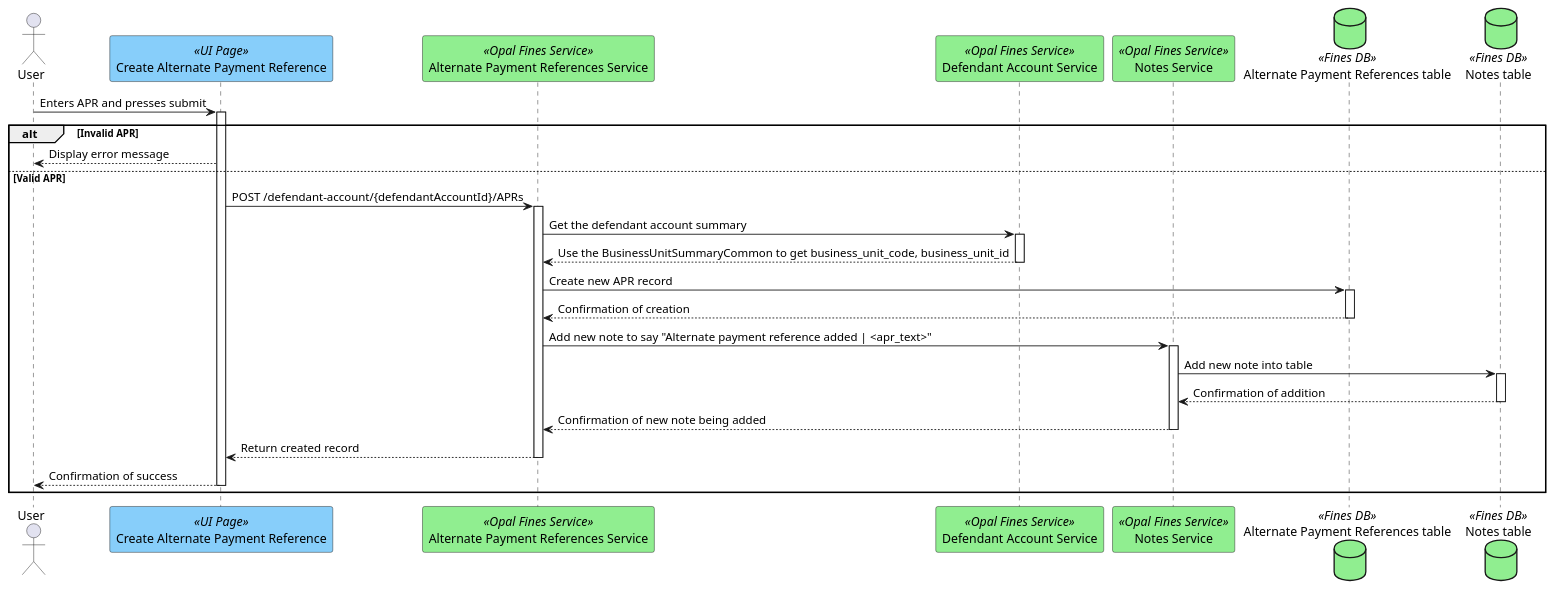
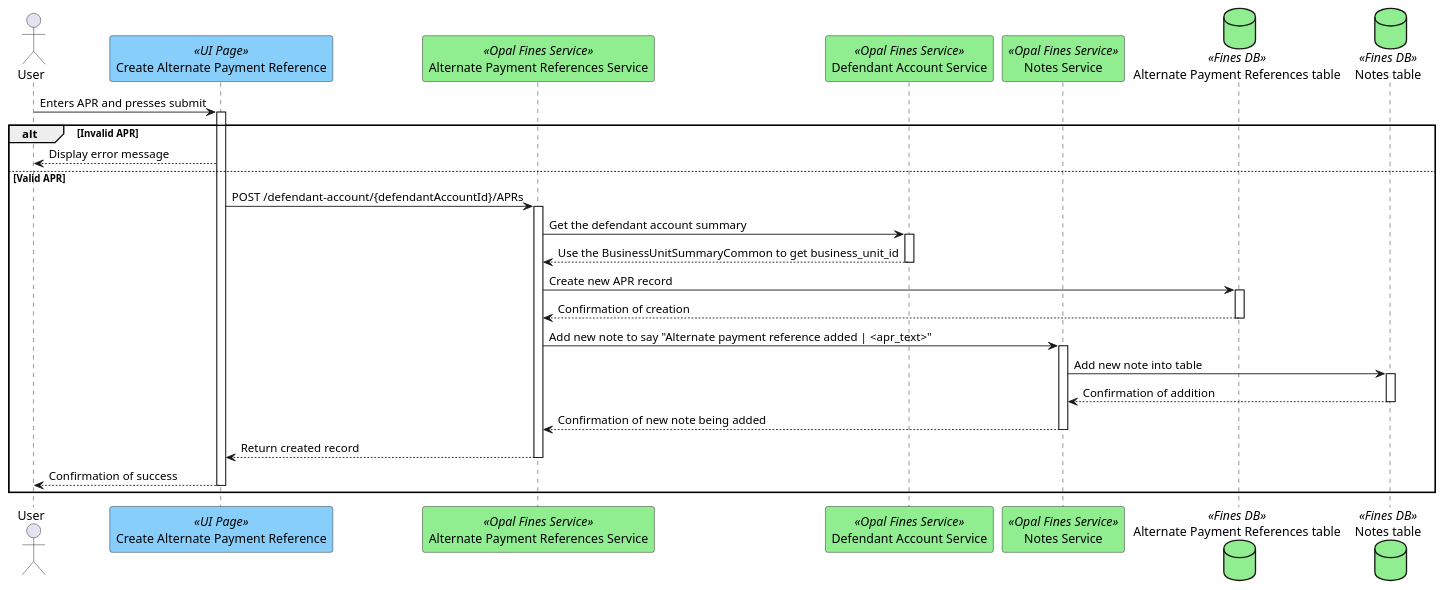
The diagram in plantUML/external-interfaces/create-apr.puml (hmcts/opal-docs), drawn with PlantUML before and after one commit.

Commit message:
Reverting to only ID for EI10 business unit

```diff
--- a/plantUML/external-interfaces/create-apr.puml
+++ b/plantUML/external-interfaces/create-apr.puml
@@ -1,26 +1,26 @@
 @startuml
 actor "User" as user
 participant "Create Alternate Payment Reference" as uiPage <<UI Page>> #lightskyblue
 participant "Alternate Payment References Service" as alternatePaymentReferencesService <<Opal Fines Service>> #lightgreen
 participant "Defendant Account Service" as defendantAccountService <<Opal Fines Service>> #lightgreen
 participant "Notes Service" as notesService <<Opal Fines Service>> #lightgreen
 database "Alternate Payment References table" as aprTable <<Fines DB>>#lightgreen
 database "Notes table" as notesTable <<Fines DB>>#lightgreen
 
 user -> uiPage ++ : Enters APR and presses submit
 alt Invalid APR
     uiPage --> user : Display error message
 else Valid APR
     uiPage -> alternatePaymentReferencesService ++ : POST /defendant-account/{defendantAccountId}/APRs
     alternatePaymentReferencesService -> defendantAccountService ++ : Get the defendant account summary
-    defendantAccountService --> alternatePaymentReferencesService -- : Use the BusinessUnitSummaryCommon to get business_unit_code, business_unit_id
+    defendantAccountService --> alternatePaymentReferencesService -- : Use the BusinessUnitSummaryCommon to get business_unit_id
     alternatePaymentReferencesService -> aprTable ++ : Create new APR record
     aprTable --> alternatePaymentReferencesService -- : Confirmation of creation
     alternatePaymentReferencesService -> notesService ++ :  Add new note to say "Alternate payment reference added | <apr_text>"
     notesService -> notesTable ++ : Add new note into table
     notesTable --> notesService -- : Confirmation of addition
     notesService --> alternatePaymentReferencesService -- : Confirmation of new note being added
     alternatePaymentReferencesService --> uiPage -- : Return created record
     uiPage --> user -- : Confirmation of success
 end
 @enduml
```
